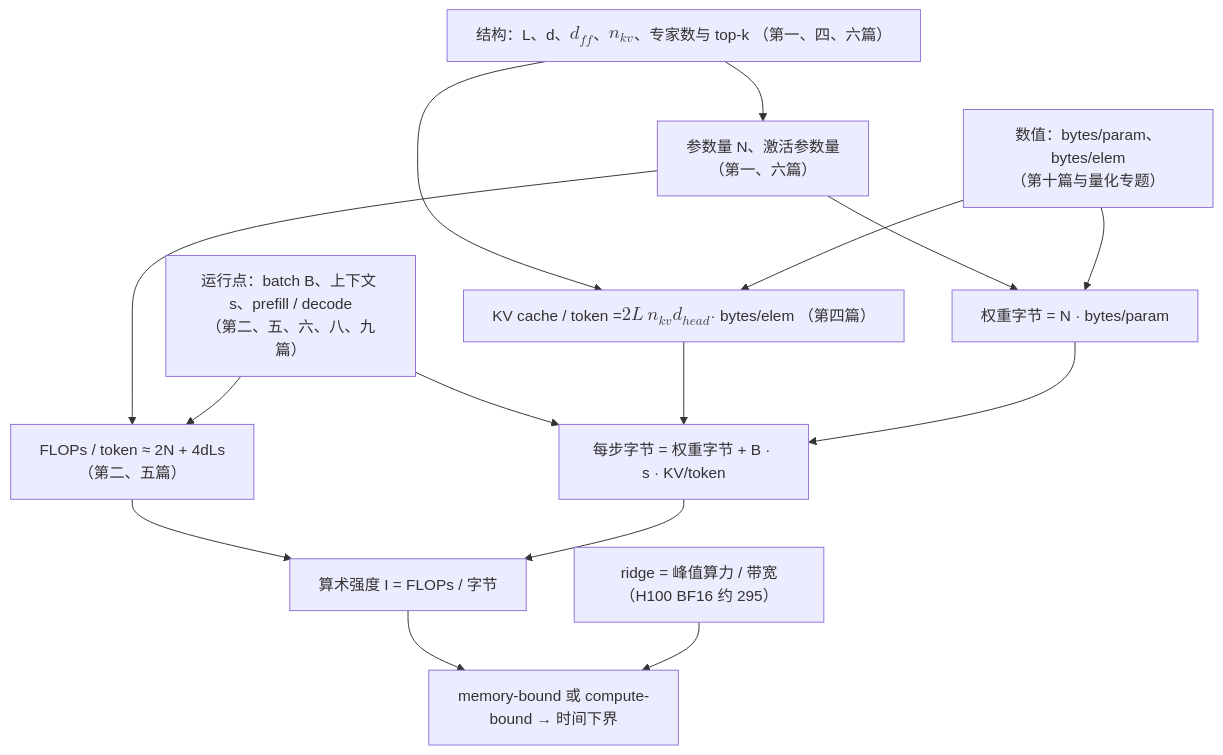
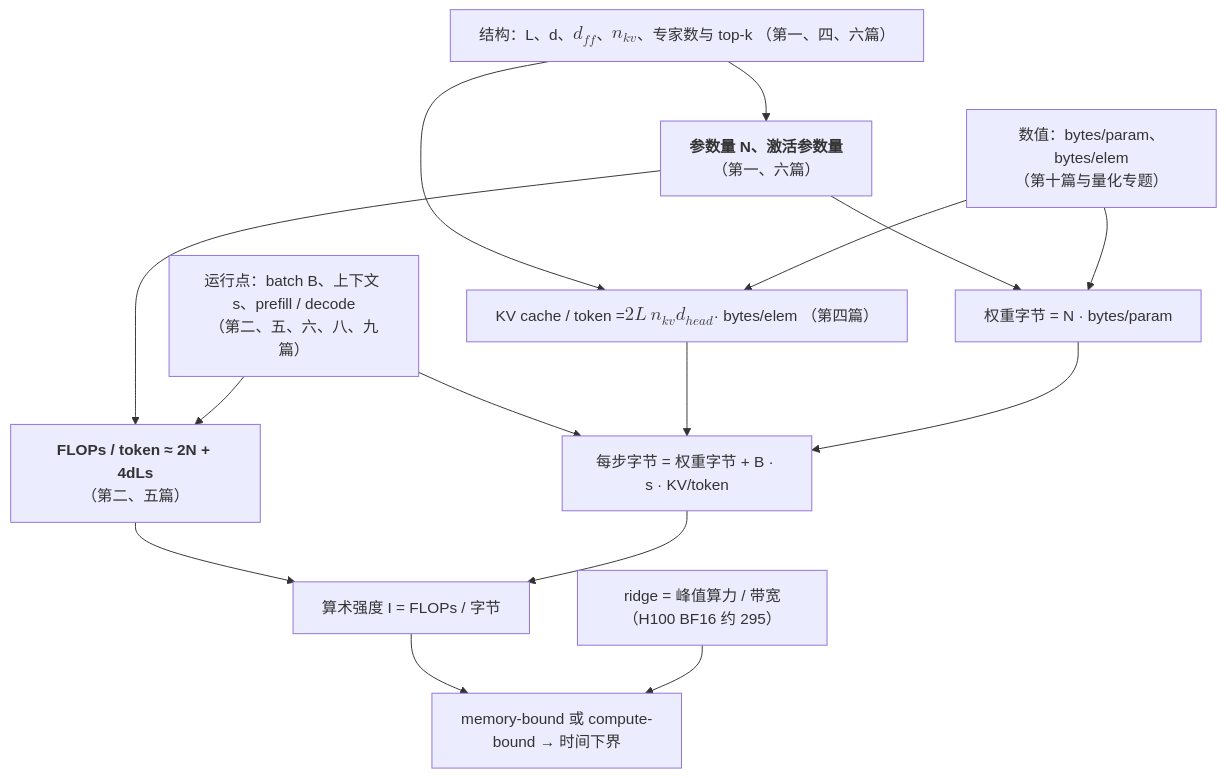
Before and after one commit to arganzheng/arganzheng.github.com: the second of 2 diagrams in _posts/2026-04-09-transformer-and-llm-series-recap-and-self-test.md, drawn with Mermaid. The commit also changed other lines of this file and 9 other files, not shown here.

First line of the commit message:
现代 LLM 结构：从 GPT-2 到今天的演进：Mermaid 多行方框的首行标为标题（10 篇）

````diff
--- a/_posts/2026-04-09-transformer-and-llm-series-recap-and-self-test.md
+++ b/_posts/2026-04-09-transformer-and-llm-series-recap-and-self-test.md
@@ -240,29 +240,29 @@
 ```mermaid
 %% 图：本系列共用的成本模型：结构与数值决定参数量、权重字节与 KV cache，运行点决定工作点，算术强度与 ridge 比较
 flowchart TB
     S["结构：L、d、$$d_{ff}$$、$$n_{kv}$$、专家数与 top-k<br/>（第一、四、六篇）"]
-    N["参数量 N、激活参数量<br/>（第一、六篇）"]
+    N["<b>参数量 N、激活参数量</b><br/>（第一、六篇）"]
     K["KV cache / token = $$2 L\, n_{kv} d_{head}$$ · bytes/elem<br/>（第四篇）"]
     D["数值：bytes/param、bytes/elem<br/>（第十篇与量化专题）"]
     W["权重字节 = N · bytes/param"]
-    F["FLOPs / token ≈ 2N + 4dLs<br/>（第二、五篇）"]
+    F["<b>FLOPs / token ≈ 2N + 4dLs</b><br/>（第二、五篇）"]
     R["运行点：batch B、上下文 s、prefill / decode<br/>（第二、五、六、八、九篇）"]
     H["每步字节 = 权重字节 + B · s · KV/token"]
     I["算术强度 I = FLOPs / 字节"]
     G["ridge = 峰值算力 / 带宽（H100 BF16 约 295）"]
     T["memory-bound 或 compute-bound → 时间下界"]
     S --> N
     S --> K
     N --> W
     D --> W
     D --> K
     N --> F
     R --> F
     R --> H
     K --> H
     W --> H
     F --> I
     H --> I
     I --> T
     G --> T
 ```
````
